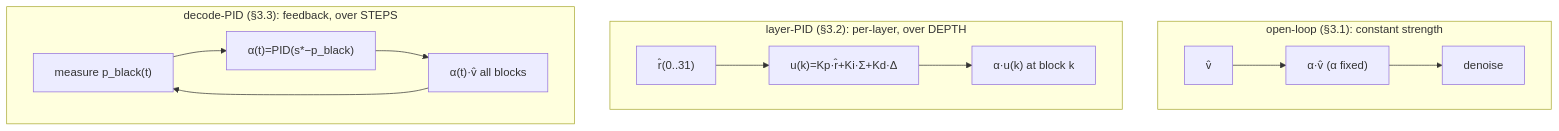
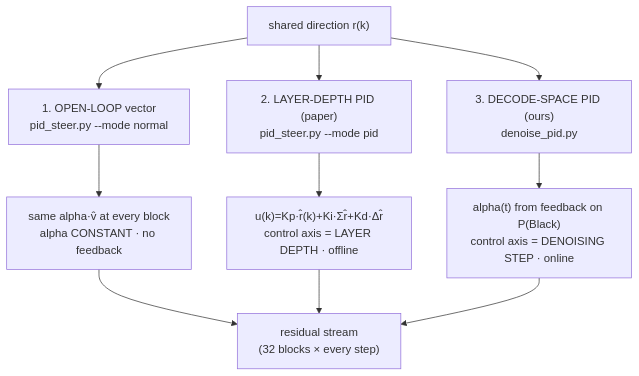
Before and after one commit to Sarim-MBZUAI/dlm_bias: the third of 4 diagrams in pid_steering/paper.md, drawn with Mermaid. The commit also changed other lines of this file and 13 other files, not shown here.

First line of the commit message:
unqover: add open-loop + layer-space methods (pid_steer_unqover.py) -> full cross-method table; polish all .md (prose/tables/diagrams)

````diff
--- a/pid_steering/paper.md
+++ b/pid_steering/paper.md
@@ -105,15 +87,13 @@
 ```mermaid
 flowchart TB
-    subgraph OL["open-loop (§3.1): constant strength"]
-        direction LR
-        a1["v̂"] --> a2["α·v̂  (α fixed)"] --> a3["denoise"]
-    end
-    subgraph LP["layer-PID (§3.2): per-layer, over DEPTH"]
-        direction LR
-        b1["r̂(0..31)"] --> b2["u(k)=Kp·r̂+Ki·Σ+Kd·Δ"] --> b3["α·u(k) at block k"]
-    end
-    subgraph DP["decode-PID (§3.3): feedback, over STEPS"]
-        direction LR
-        c1["measure p_black(t)"] --> c2["α(t)=PID(s*−p_black)"] --> c3["α(t)·v̂ all blocks"] --> c1
-    end
+    R["shared direction r(k)"]
+    R --> N["1. OPEN-LOOP vector<br/>pid_steer.py --mode normal"]
+    R --> L["2. LAYER-DEPTH PID (paper)<br/>pid_steer.py --mode pid"]
+    R --> D["3. DECODE-SPACE PID (ours)<br/>denoise_pid.py"]
+    N --> Ni["same alpha·v̂ at every block<br/>alpha CONSTANT · no feedback"]
+    L --> Li["u(k)=Kp·r̂(k)+Ki·Σr̂+Kd·Δr̂<br/>control axis = LAYER DEPTH · offline"]
+    D --> Di["alpha(t) from feedback on P(Black)<br/>control axis = DENOISING STEP · online"]
+    Ni --> S["residual stream<br/>(32 blocks × every step)"]
+    Li --> S
+    Di --> S
 ```
````
